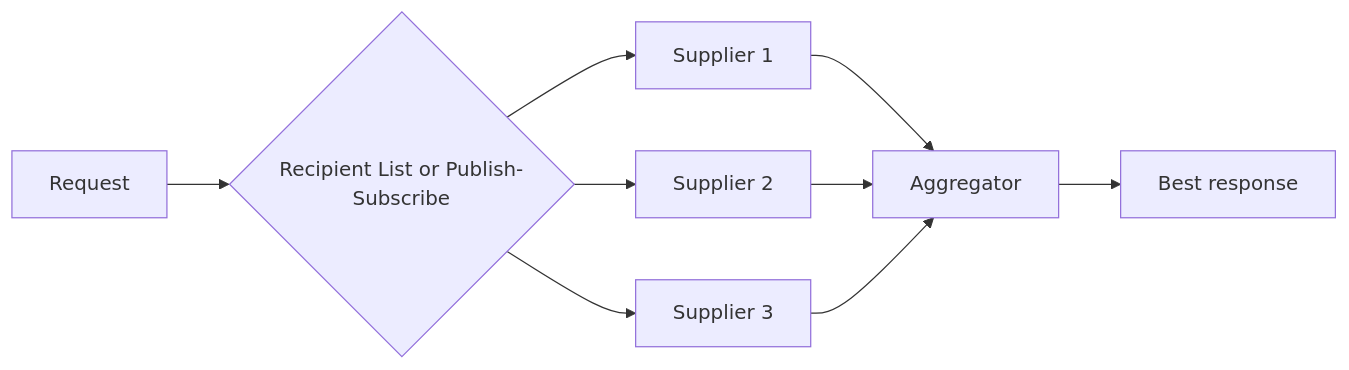
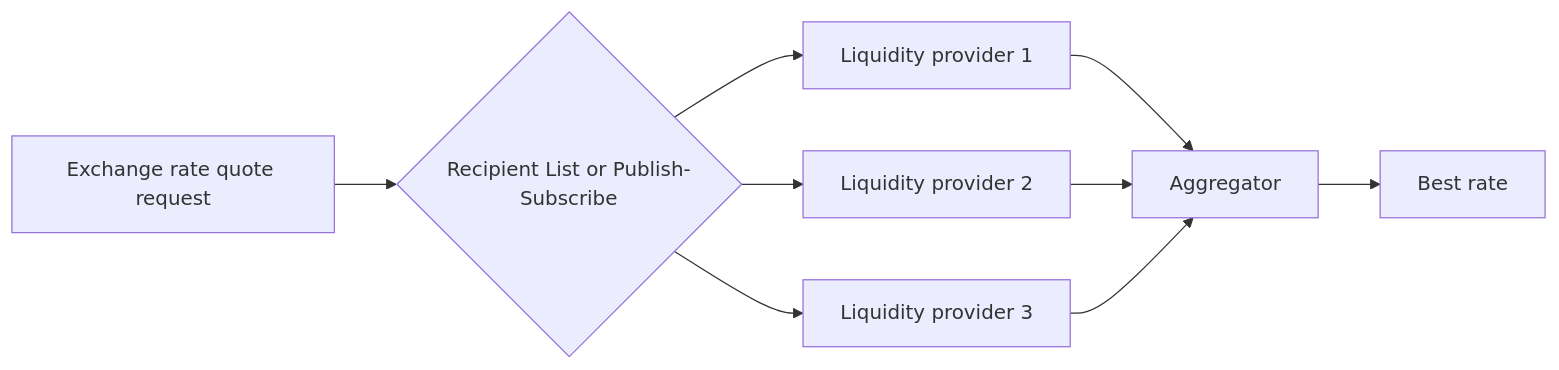
The diagram in i18n/en/docusaurus-plugin-content-docs/current/architecture/eip/message-routing/scatter-gather.md (alancesar/design-patterns), drawn with Mermaid before and after one commit. The commit also changed other lines of this file and 11 other files, not shown here.

Commit message:
Switch eip concrete diagrams to fintech scenarios

````diff
--- a/i18n/en/docusaurus-plugin-content-docs/current/architecture/eip/message-routing/scatter-gather.md
+++ b/i18n/en/docusaurus-plugin-content-docs/current/architecture/eip/message-routing/scatter-gather.md
@@ -51,11 +51,11 @@
 ```mermaid
 flowchart LR
-    Q["Request"] --> RL{"Recipient List or Publish-Subscribe"}
-    RL --> F1["Supplier 1"]
-    RL --> F2["Supplier 2"]
-    RL --> F3["Supplier 3"]
+    Q["Exchange rate quote request"] --> RL{"Recipient List or Publish-Subscribe"}
+    RL --> F1["Liquidity provider 1"]
+    RL --> F2["Liquidity provider 2"]
+    RL --> F3["Liquidity provider 3"]
     F1 --> AG["Aggregator"]
     F2 --> AG
     F3 --> AG
-    AG --> R["Best response"]
+    AG --> R["Best rate"]
 ```
````
